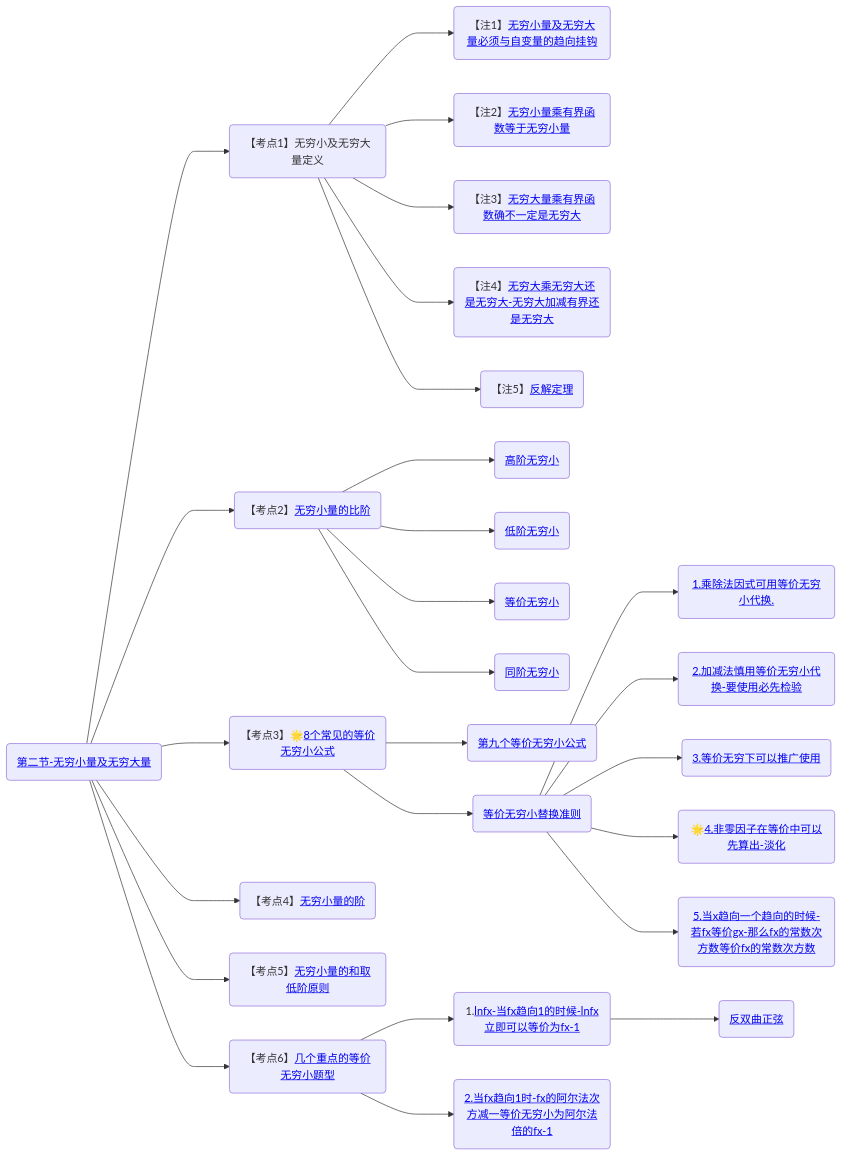
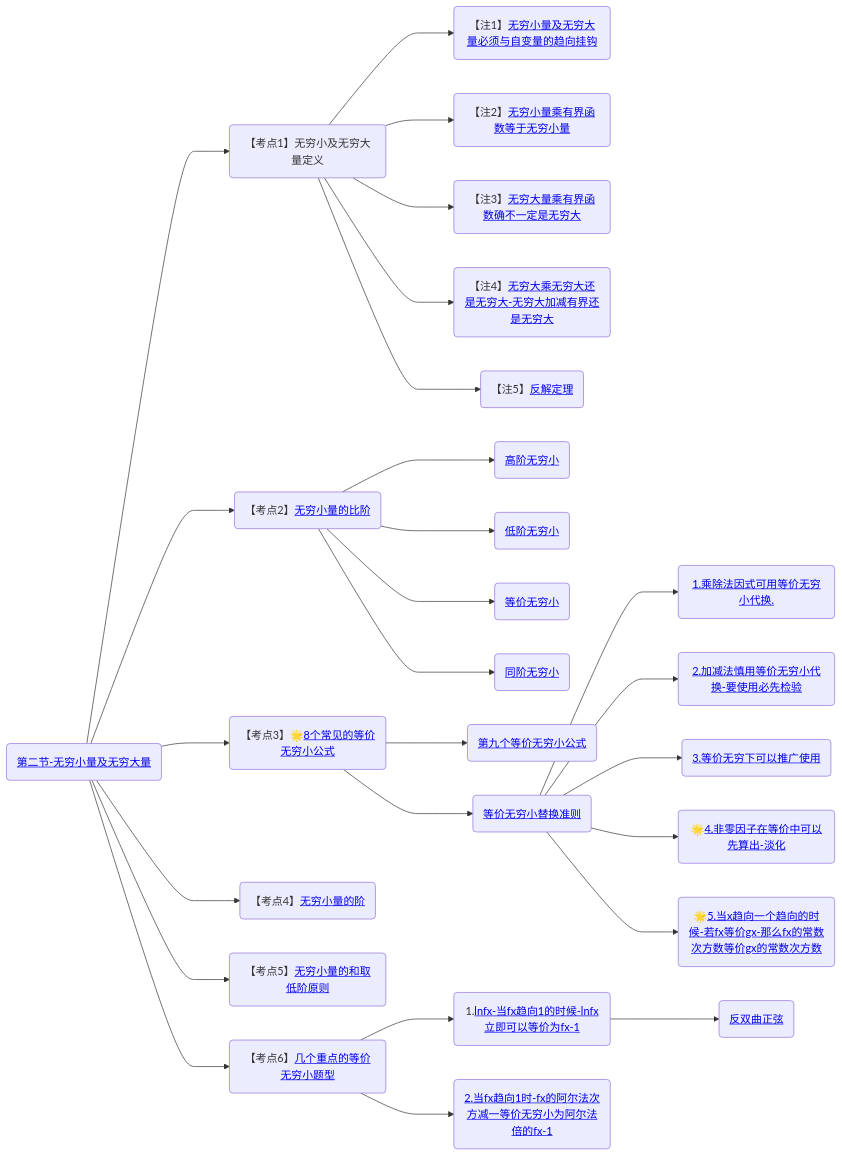
One commit to yuebinghui/note changed the second of 2 diagrams in 笔记/数学/周洋鑫/基础班/00.大纲.md. Above: the diagram before and after it, drawn with Mermaid. The commit also changed 4 other files, not shown here.

````diff
--- a/笔记/数学/周洋鑫/基础班/00.大纲.md
+++ b/笔记/数学/周洋鑫/基础班/00.大纲.md
@@ -41,39 +41,39 @@
 ```mermaid
 graph LR
 
 第二节-无穷小量及无穷大量(<a href="/Users/yuebinghui/Documents/program/github/note/笔记/数学/周洋鑫/基础班/02.无穷小量及无穷大量.md#第二节-无穷小量及无穷大量">第二节-无穷小量及无穷大量</>)
 
 第二节-无穷小量及无穷大量--->无穷小及无穷大量定义(【考点1】无穷小及无穷大量定义)
 
 无穷小及无穷大量定义--->无穷小量及无穷大量必须与自变量的趋向挂钩(【注1】<a href="/Users/yuebinghui/Documents/program/github/note/笔记/数学/周洋鑫/基础班/02.无穷小量及无穷大量.md#无穷小量及无穷大量必须与自变量的趋向挂钩">无穷小量及无穷大量必须与自变量的趋向挂钩</>)
 无穷小及无穷大量定义--->无穷小量乘有界函数等于无穷小量(【注2】<a href="/Users/yuebinghui/Documents/program/github/note/笔记/数学/周洋鑫/基础班/02.无穷小量及无穷大量.md#无穷小量乘有界函数等于无穷小量">无穷小量乘有界函数等于无穷小量</>)
 无穷小及无穷大量定义--->无穷大量乘有界函数确不一定是无穷大(【注3】<a href="/Users/yuebinghui/Documents/program/github/note/笔记/数学/周洋鑫/基础班/02.无穷小量及无穷大量.md#无穷大量乘有界函数确不一定是无穷大">无穷大量乘有界函数确不一定是无穷大</>)
 无穷小及无穷大量定义--->无穷大乘无穷大还是无穷大-无穷大加减有界还是无穷大(【注4】<a href="/Users/yuebinghui/Documents/program/github/note/笔记/数学/周洋鑫/基础班/02.无穷小量及无穷大量.md#无穷大乘无穷大还是无穷大-无穷大加减有界还是无穷大">无穷大乘无穷大还是无穷大-无穷大加减有界还是无穷大</>)
 无穷小及无穷大量定义--->反解定理(【注5】<a href="/Users/yuebinghui/Documents/program/github/note/笔记/数学/周洋鑫/基础班/02.无穷小量及无穷大量.md#反解定理">反解定理</>)
 
 第二节-无穷小量及无穷大量--->无穷小量的比阶(【考点2】<a href="/Users/yuebinghui/Documents/program/github/note/笔记/数学/周洋鑫/基础班/02.无穷小量及无穷大量.md#无穷小量的比阶">无穷小量的比阶</>)
 无穷小量的比阶--->高阶无穷小(<a href="/Users/yuebinghui/Documents/program/github/note/笔记/数学/周洋鑫/基础班/02.无穷小量及无穷大量.md#高阶无穷小">高阶无穷小</>)
 无穷小量的比阶--->低阶无穷小(<a href="/Users/yuebinghui/Documents/program/github/note/笔记/数学/周洋鑫/基础班/02.无穷小量及无穷大量.md#低阶无穷小">低阶无穷小</>)
 无穷小量的比阶--->等价无穷小(<a href="/Users/yuebinghui/Documents/program/github/note/笔记/数学/周洋鑫/基础班/02.无穷小量及无穷大量.md#等价无穷小">等价无穷小</>)
 无穷小量的比阶--->同阶无穷小(<a href="/Users/yuebinghui/Documents/program/github/note/笔记/数学/周洋鑫/基础班/02.无穷小量及无穷大量.md#同阶无穷小">同阶无穷小</>)
 
 第二节-无穷小量及无穷大量--->8个常见的等价无穷小公式(【考点3】🌟<a href="/Users/yuebinghui/Documents/program/github/note/笔记/数学/周洋鑫/基础班/02.无穷小量及无穷大量.md#8个常见的等价无穷小公式">8个常见的等价无穷小公式</>)
 8个常见的等价无穷小公式--->第九个等价无穷小公式(<a href="/Users/yuebinghui/Documents/program/github/note/笔记/数学/周洋鑫/基础班/02.无穷小量及无穷大量.md#第九个等价无穷小公式">第九个等价无穷小公式</>)
 8个常见的等价无穷小公式--->等价无穷小替换准则(<a href="/Users/yuebinghui/Documents/program/github/note/笔记/数学/周洋鑫/基础班/02.无穷小量及无穷大量.md#等价无穷小替换准则">等价无穷小替换准则</>)
 等价无穷小替换准则--->1.乘除法因式可用等价无穷小代换.(<a href="/Users/yuebinghui/Documents/program/github/note/笔记/数学/周洋鑫/基础班/02.无穷小量及无穷大量.md#1.乘除法因式可用等价无穷小代换.">1.乘除法因式可用等价无穷小代换.</>)
 等价无穷小替换准则--->2.加减法慎用等价无穷小代换-要使用必先检验(<a href="/Users/yuebinghui/Documents/program/github/note/笔记/数学/周洋鑫/基础班/02.无穷小量及无穷大量.md#2.加减法慎用等价无穷小代换-要使用必先检验">2.加减法慎用等价无穷小代换-要使用必先检验</>)
 等价无穷小替换准则--->3.等价无穷下可以推广使用(<a href="/Users/yuebinghui/Documents/program/github/note/笔记/数学/周洋鑫/基础班/02.无穷小量及无穷大量.md#3.等价无穷下可以推广使用">3.等价无穷下可以推广使用</>)
 等价无穷小替换准则--->4.非零因子在等价中可以先算出-淡化(🌟<a href="/Users/yuebinghui/Documents/program/github/note/笔记/数学/周洋鑫/基础班/02.无穷小量及无穷大量.md#4.非零因子在等价中可以先算出-淡化">4.非零因子在等价中可以先算出-淡化</>)
-等价无穷小替换准则--->5.当x趋向一个趋向的时候-若fx等价gx-那么fx的常数次方数等价fx的常数次方数(<a href="/Users/yuebinghui/Documents/program/github/note/笔记/数学/周洋鑫/基础班/02.无穷小量及无穷大量.md#5.当x趋向一个趋向的时候-若fx等价gx-那么fx的常数次方数等价fx的常数次方数">5.当x趋向一个趋向的时候-若fx等价gx-那么fx的常数次方数等价fx的常数次方数</>)
+等价无穷小替换准则--->5.当x趋向一个趋向的时候-若fx等价gx-那么fx的常数次方数等价gx的常数次方数(🌟<a href="/Users/yuebinghui/Documents/program/github/note/笔记/数学/周洋鑫/基础班/02.无穷小量及无穷大量.md#5.当x趋向一个趋向的时候-若fx等价gx-那么fx的常数次方数等价gx的常数次方数">5.当x趋向一个趋向的时候-若fx等价gx-那么fx的常数次方数等价gx的常数次方数</>)
 
 第二节-无穷小量及无穷大量--->无穷小量的阶(【考点4】<a href="/Users/yuebinghui/Documents/program/github/note/笔记/数学/周洋鑫/基础班/02.无穷小量及无穷大量.md#无穷小量的阶">无穷小量的阶</>)
 
 第二节-无穷小量及无穷大量--->无穷小量的和取低阶原则(【考点5】<a href="/Users/yuebinghui/Documents/program/github/note/笔记/数学/周洋鑫/基础班/02.无穷小量及无穷大量.md#无穷小量的和取低阶原则">无穷小量的和取低阶原则</>)
 
 第二节-无穷小量及无穷大量--->几个重点的等价无穷小题型(【考点6】<a href="/Users/yuebinghui/Documents/program/github/note/笔记/数学/周洋鑫/基础班/02.无穷小量及无穷大量.md#几个重点的等价无穷小题型">几个重点的等价无穷小题型</>)
 几个重点的等价无穷小题型--->lnfx-当fx趋向1的时候-lnfx立即可以等价为fx-1(1.<a href="/Users/yuebinghui/Documents/program/github/note/笔记/数学/周洋鑫/基础班/02.无穷小量及无穷大量.md#lnfx-当fx趋向1的时候-lnfx立即可以等价为fx-1">lnfx-当fx趋向1的时候-lnfx立即可以等价为fx-1</>)
 lnfx-当fx趋向1的时候-lnfx立即可以等价为fx-1--->反双曲正弦(<a href="/Users/yuebinghui/Documents/program/github/note/笔记/数学/周洋鑫/基础班/02.无穷小量及无穷大量.md#反双曲正弦">反双曲正弦</>)
 几个重点的等价无穷小题型--->2.当fx趋向1时-fx的阿尔法次方减一等价无穷小为阿尔法倍的fx-1(<a href="/Users/yuebinghui/Documents/program/github/note/笔记/数学/周洋鑫/基础班/02.无穷小量及无穷大量.md#2.当fx趋向1时-fx的阿尔法次方减一等价无穷小为阿尔法倍的fx-1">2.当fx趋向1时-fx的阿尔法次方减一等价无穷小为阿尔法倍的fx-1</>)
 
 
 ```
````
